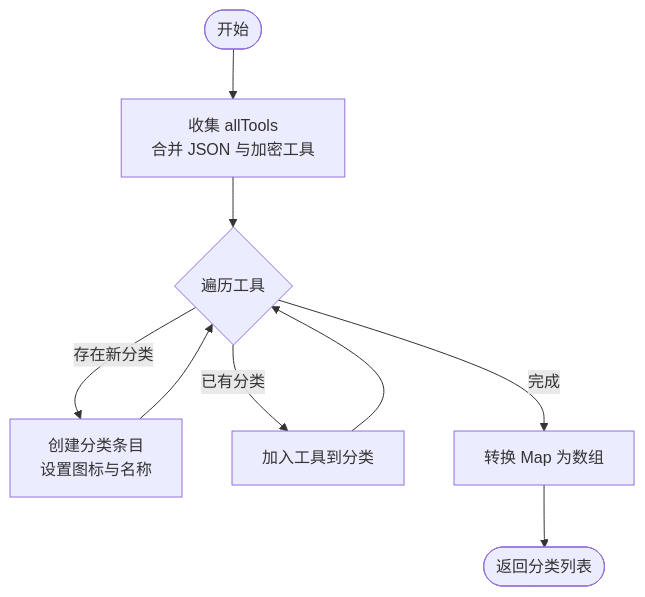
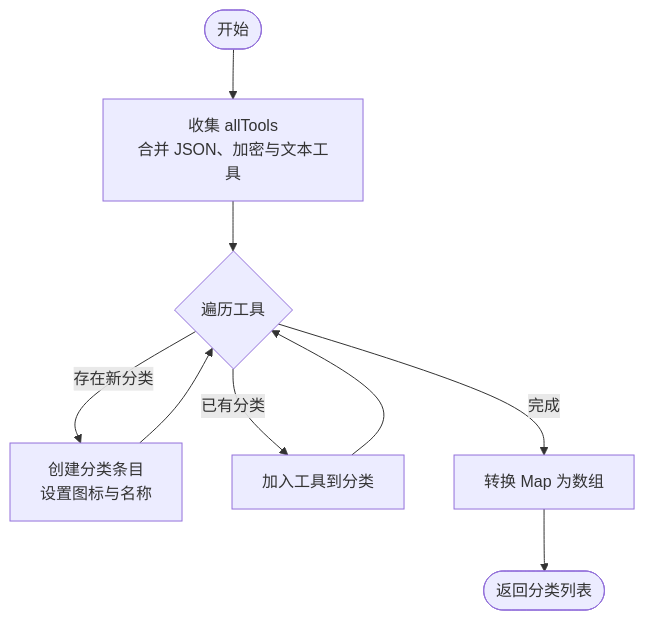
Before and after one commit to xkdaq/XKUtil: the third of 9 diagrams in .qoder/repowiki/zh/content/工具系统.md, drawn with Mermaid. The commit also changed other lines of this file and 81 other files, not shown here.

````diff
--- a/.qoder/repowiki/zh/content/工具系统.md
+++ b/.qoder/repowiki/zh/content/工具系统.md
@@ -155,11 +187,11 @@
 ```mermaid
 flowchart TD
-Start(["开始"]) --> Collect["收集 allTools<br/>合并 JSON 与加密工具"]
+Start(["开始"]) --> Collect["收集 allTools<br/>合并 JSON、加密与文本工具"]
 Collect --> Iterate{"遍历工具"}
 Iterate --> |存在新分类| AddCat["创建分类条目<br/>设置图标与名称"]
 Iterate --> |已有分类| PushTool["加入工具到分类"]
 AddCat --> Iterate
 PushTool --> Iterate
 Iterate --> |完成| BuildList["转换 Map 为数组"]
 BuildList --> Return(["返回分类列表"])
 ```
````
